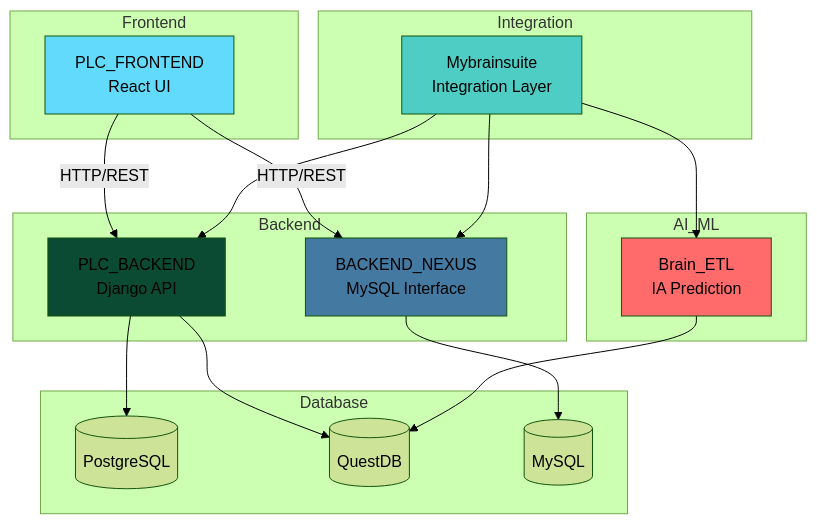
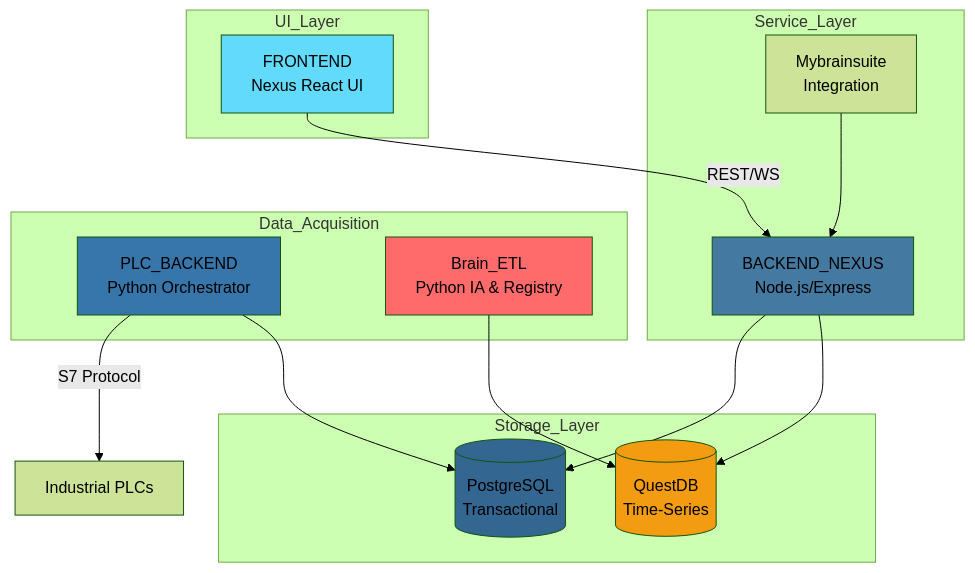
Before and after one commit to luisrodriguezlopez96/MybrAIn-Documentation: the first of 3 diagrams in README.md, drawn with Mermaid (forest theme). The commit also changed other lines of this file, not shown here.

````diff
--- a/README.md
+++ b/README.md
@@ -27,41 +27,36 @@
 ```mermaid
 graph TB
-    subgraph Frontend
-        A[PLC_FRONTEND<br/>React UI]
+    subgraph UI_Layer
+        A[FRONTEND<br/>Nexus React UI]
     end
     
-    subgraph Backend
-        B[PLC_BACKEND<br/>Django API]
-        C[BACKEND_NEXUS<br/>MySQL Interface]
+    subgraph Service_Layer
+        B[BACKEND_NEXUS<br/>Node.js/Express]
+        E[Mybrainsuite<br/>Integration]
     end
     
-    subgraph AI_ML
-        D[Brain_ETL<br/>IA Prediction]
+    subgraph Data_Acquisition
+        C[PLC_BACKEND<br/>Python Orchestrator]
+        D[Brain_ETL<br/>Python IA & Registry]
     end
     
-    subgraph Integration
-        E[Mybrainsuite<br/>Integration Layer]
+    subgraph Storage_Layer
+        F[(PostgreSQL<br/>Transactional)]
+        G[(QuestDB<br/>Time-Series)]
     end
     
-    subgraph Database
-        F[(PostgreSQL)]
-        G[(QuestDB)]
-        H[(MySQL)]
-    end
-    
-    A -->|HTTP/REST| B
-    A -->|HTTP/REST| C
+    A -->|REST/WS| B
     B --> F
     B --> G
-    C --> H
+    C -->|S7 Protocol| PLCs[Industrial PLCs]
+    C --> F
     D --> G
     E --> B
-    E --> C
-    E --> D
     
     style A fill:#61dafb
-    style B fill:#0c4b33
-    style C fill:#4479a1
+    style B fill:#4479a1
+    style C fill:#3776ab
     style D fill:#ff6b6b
-    style E fill:#4ecdc4
+    style F fill:#336791
+    style G fill:#f39c12
 ```
````
